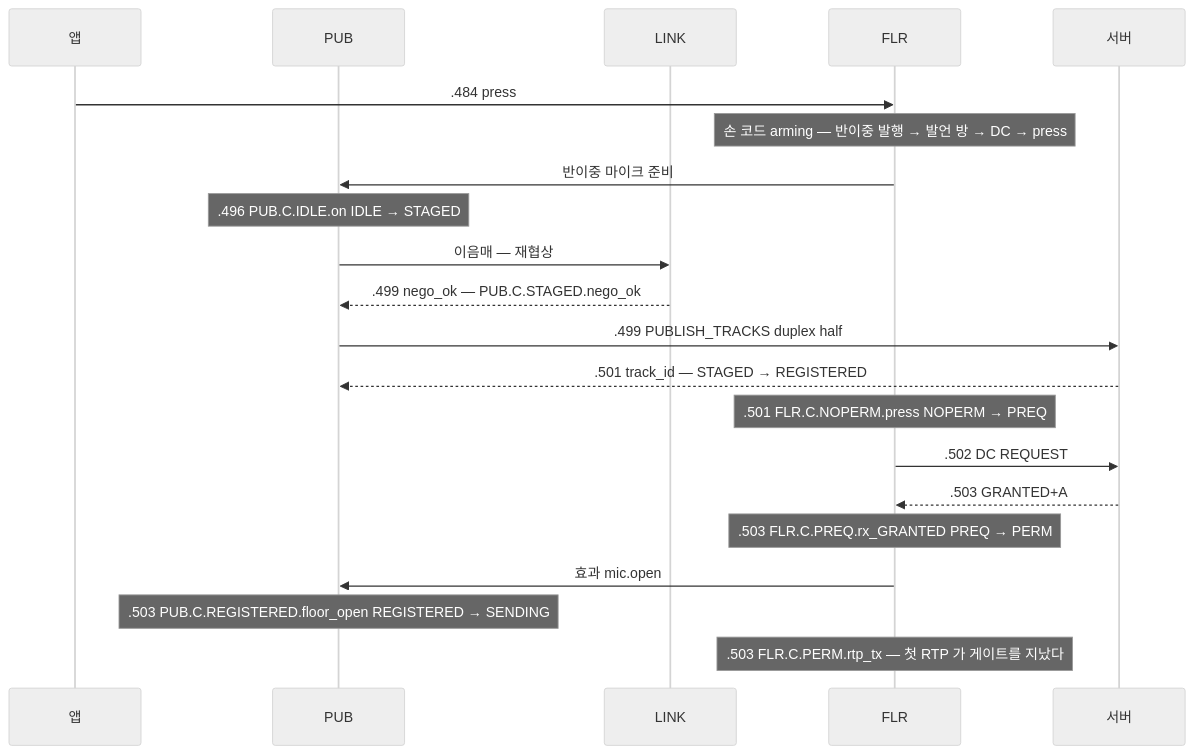
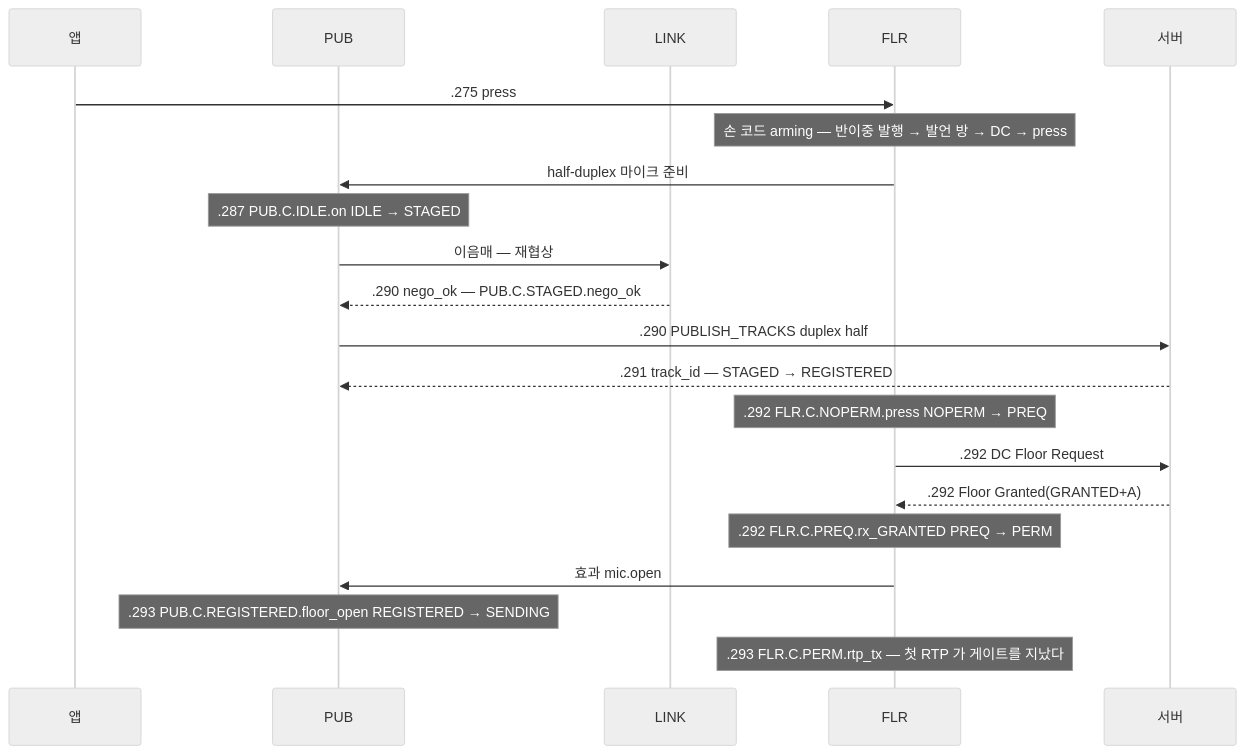
One commit to kodeholic9/oxlens-sfu changed the fourth of 6 diagrams in docs/learn/15_SDK_INSIDE.md. Above: the diagram before and after it, drawn with Mermaid (neutral theme). The commit also changed other lines of this file and 19 other files, not shown here.

````diff
--- a/docs/learn/15_SDK_INSIDE.md
+++ b/docs/learn/15_SDK_INSIDE.md
@@ -145,23 +207,23 @@
 ```mermaid
 sequenceDiagram
   participant App as 앱
   participant PB as PUB
   participant L as LINK
   participant F as FLR
   participant S as 서버
-  App->>F: .484 press
+  App->>F: .275 press
   Note over F: 손 코드 arming — 반이중 발행 → 발언 방 → DC → press
-  F->>PB: 반이중 마이크 준비
-  Note over PB: .496 PUB.C.IDLE.on IDLE → STAGED
+  F->>PB: half-duplex 마이크 준비
+  Note over PB: .287 PUB.C.IDLE.on IDLE → STAGED
   PB->>L: 이음매 — 재협상
-  L-->>PB: .499 nego_ok — PUB.C.STAGED.nego_ok
-  PB->>S: .499 PUBLISH_TRACKS duplex half
-  S-->>PB: .501 track_id — STAGED → REGISTERED
-  Note over F: .501 FLR.C.NOPERM.press NOPERM → PREQ
-  F->>S: .502 DC REQUEST
-  S-->>F: .503 GRANTED+A
-  Note over F: .503 FLR.C.PREQ.rx_GRANTED PREQ → PERM
+  L-->>PB: .290 nego_ok — PUB.C.STAGED.nego_ok
+  PB->>S: .290 PUBLISH_TRACKS duplex half
+  S-->>PB: .291 track_id — STAGED → REGISTERED
+  Note over F: .292 FLR.C.NOPERM.press NOPERM → PREQ
+  F->>S: .292 DC Floor Request
+  S-->>F: .292 Floor Granted(GRANTED+A)
+  Note over F: .292 FLR.C.PREQ.rx_GRANTED PREQ → PERM
   F->>PB: 효과 mic.open
-  Note over PB: .503 PUB.C.REGISTERED.floor_open REGISTERED → SENDING
-  Note over F: .503 FLR.C.PERM.rtp_tx — 첫 RTP 가 게이트를 지났다
+  Note over PB: .293 PUB.C.REGISTERED.floor_open REGISTERED → SENDING
+  Note over F: .293 FLR.C.PERM.rtp_tx — 첫 RTP 가 게이트를 지났다
 ```
````
